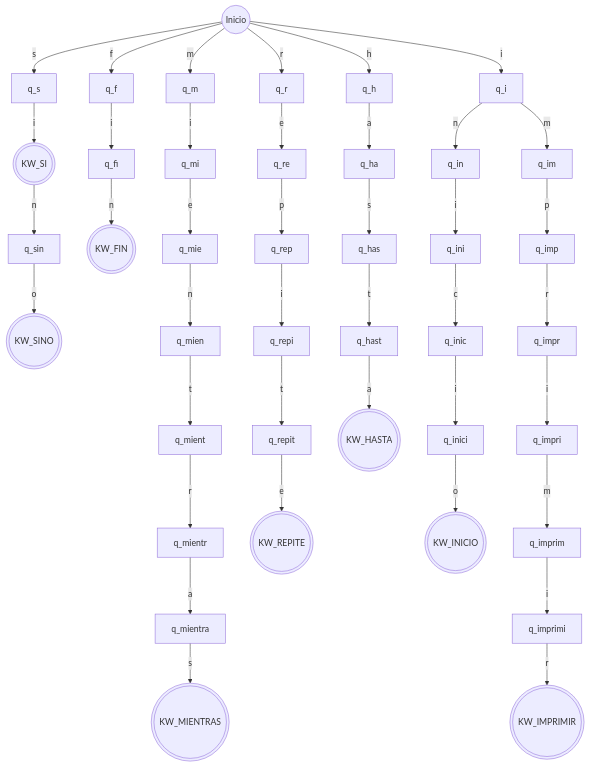
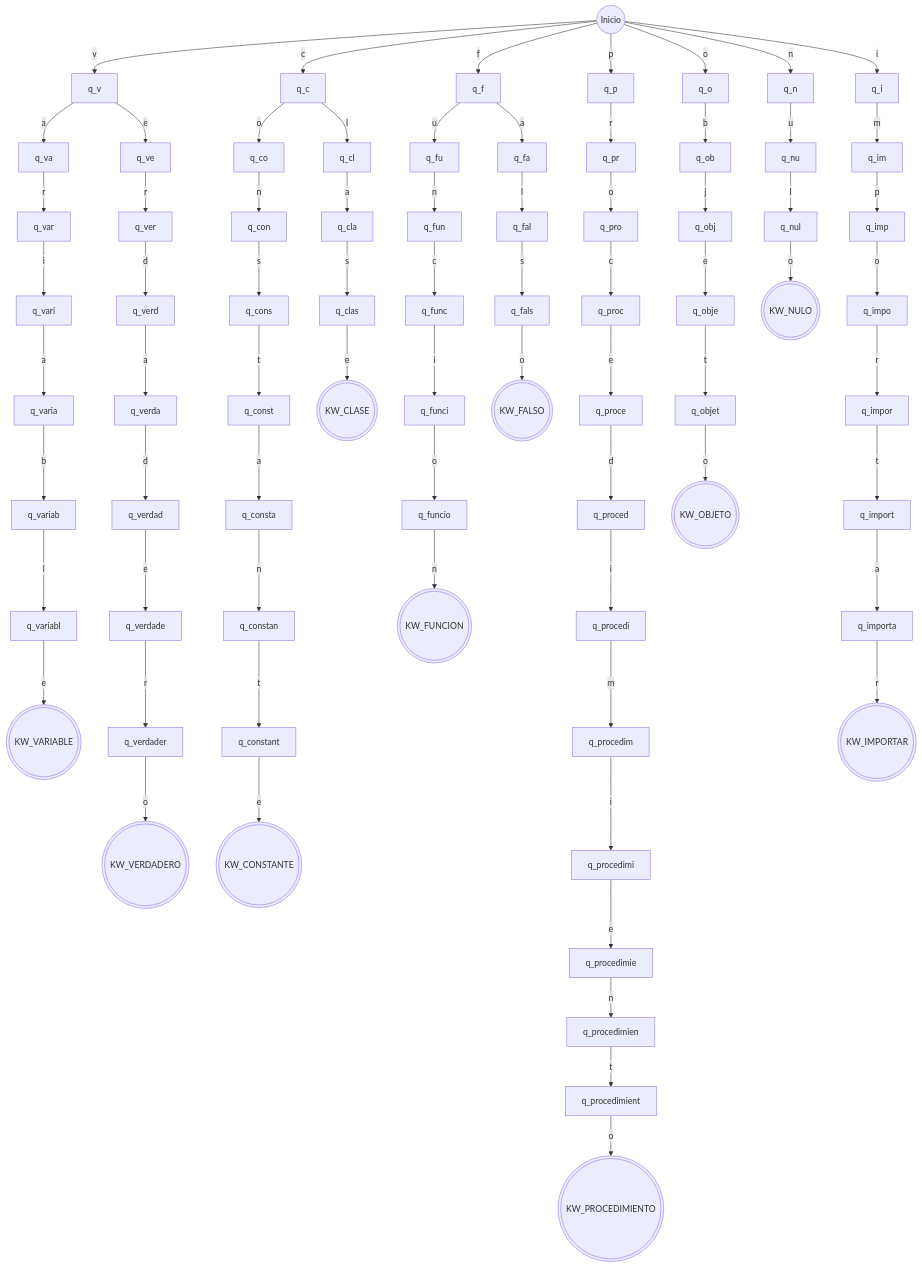
The diagram in README.md (JosephAntony37900/Analizador-Lexico), drawn with Mermaid before and after one commit. The commit also changed other lines of this file and 3 other files, not shown here.

````diff
--- a/README.md
+++ b/README.md
@@ -80,55 +80,92 @@
 ```mermaid
 graph TD
-    q0((Inicio)) -->|s| q_s
-    q0 -->|m| q_m
-    q0 -->|r| q_r
-    q0 -->|h| q_h
+    q0((Inicio)) -->|v| q_v
+    q0 -->|c| q_c
+    q0 -->|f| q_f
+    q0 -->|p| q_p
+    q0 -->|o| q_o
+    q0 -->|n| q_n
     q0 -->|i| q_i
-    q0 -->|f| q_f
 
-    %% Rama SI / SINO
-    q_s -->|i| q_si(((KW_SI)))
-    q_si -->|n| q_sin
-    q_sin -->|o| q_sino(((KW_SINO)))
+    %% Rama VARIABLE
+    q_v -->|a| q_va
+    q_va -->|r| q_var
+    q_var -->|i| q_vari
+    q_vari -->|a| q_varia
+    q_varia -->|b| q_variab
+    q_variab -->|l| q_variabl
+    q_variabl -->|e| q_variable(((KW_VARIABLE)))
 
-    %% Rama FIN
-    q_f -->|i| q_fi
-    q_fi -->|n| q_fin(((KW_FIN)))
+    %% Rama VERDADERO
+    q_v -->|e| q_ve
+    q_ve -->|r| q_ver
+    q_ver -->|d| q_verd
+    q_verd -->|a| q_verda
+    q_verda -->|d| q_verdad
+    q_verdad -->|e| q_verdade
+    q_verdade -->|r| q_verdader
+    q_verdader -->|o| q_verdadero(((KW_VERDADERO)))
 
-    %% Rama MIENTRAS
-    q_m -->|i| q_mi
-    q_mi -->|e| q_mie
-    q_mie -->|n| q_mien
-    q_mien -->|t| q_mient
-    q_mient -->|r| q_mientr
-    q_mientr -->|a| q_mientra
-    q_mientra -->|s| q_mientras(((KW_MIENTRAS)))
+    %% Rama CONSTANTE / CLASE
+    q_c -->|o| q_co
+    q_co -->|n| q_con
+    q_con -->|s| q_cons
+    q_cons -->|t| q_const
+    q_const -->|a| q_consta
+    q_consta -->|n| q_constan
+    q_constan -->|t| q_constant
+    q_constant -->|e| q_constante(((KW_CONSTANTE)))
 
-    %% Rama REPITE
-    q_r -->|e| q_re
-    q_re -->|p| q_rep
-    q_rep -->|i| q_repi
-    q_repi -->|t| q_repit
-    q_repit -->|e| q_repite(((KW_REPITE)))
+    q_c -->|l| q_cl
+    q_cl -->|a| q_cla
+    q_cla -->|s| q_clas
+    q_clas -->|e| q_clase(((KW_CLASE)))
 
-    %% Rama HASTA
-    q_h -->|a| q_ha
-    q_ha -->|s| q_has
-    q_has -->|t| q_hast
-    q_hast -->|a| q_hasta(((KW_HASTA)))
+    %% Rama FUNCION / FALSO
+    q_f -->|u| q_fu
+    q_fu -->|n| q_fun
+    q_fun -->|c| q_func
+    q_func -->|i| q_funci
+    q_funci -->|o| q_funcio
+    q_funcio -->|n| q_funcion(((KW_FUNCION)))
 
-    %% Rama INICIO / IMPRIMIR
-    q_i -->|n| q_in
-    q_in -->|i| q_ini
-    q_ini -->|c| q_inic
-    q_inic -->|i| q_inici
-    q_inici -->|o| q_inicio(((KW_INICIO)))
+    q_f -->|a| q_fa
+    q_fa -->|l| q_fal
+    q_fal -->|s| q_fals
+    q_fals -->|o| q_falso(((KW_FALSO)))
 
+    %% Rama PROCEDIMIENTO
+    q_p -->|r| q_pr
+    q_pr -->|o| q_pro
+    q_pro -->|c| q_proc
+    q_proc -->|e| q_proce
+    q_proce -->|d| q_proced
+    q_proced -->|i| q_procedi
+    q_procedi -->|m| q_procedim
+    q_procedim -->|i| q_procedimi
+    q_procedimi -->|e| q_procedimie
+    q_procedimie -->|n| q_procedimien
+    q_procedimien -->|t| q_procedimient
+    q_procedimient -->|o| q_procedimiento(((KW_PROCEDIMIENTO)))
+
+    %% Rama OBJETO
+    q_o -->|b| q_ob
+    q_ob -->|j| q_obj
+    q_obj -->|e| q_obje
+    q_obje -->|t| q_objet
+    q_objet -->|o| q_objeto(((KW_OBJETO)))
+
+    %% Rama NULO
+    q_n -->|u| q_nu
+    q_nu -->|l| q_nul
+    q_nul -->|o| q_nulo(((KW_NULO)))
+
+    %% Rama IMPORTAR
     q_i -->|m| q_im
     q_im -->|p| q_imp
-    q_imp -->|r| q_impr
-    q_impr -->|i| q_impri
-    q_impri -->|m| q_imprim
-    q_imprim -->|i| q_imprimi
-    q_imprimi -->|r| q_imprimir(((KW_IMPRIMIR)))
+    q_imp -->|o| q_impo
+    q_impo -->|r| q_impor
+    q_impor -->|t| q_import
+    q_import -->|a| q_importa
+    q_importa -->|r| q_importar(((KW_IMPORTAR)))
 ```
````
